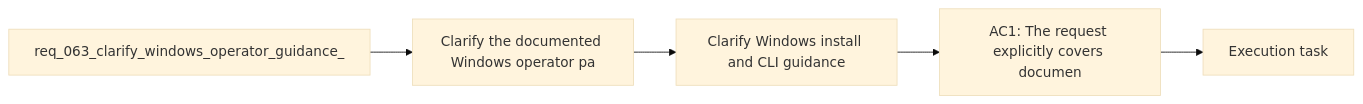
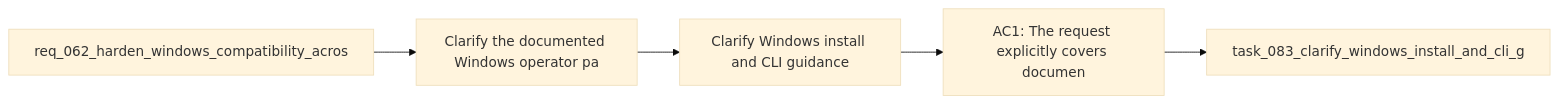
One commit to AlexAgo83/logics-manager changed the diagram in logics/backlog/item_078_clarify_windows_install_and_cli_guidance_in_the_main_plugin_readme.md. Above: the diagram before and after it, drawn with Mermaid (base theme). The commit also changed 481 other files, not shown here.

````diff
--- a/logics/backlog/item_078_clarify_windows_install_and_cli_guidance_in_the_main_plugin_readme.md
+++ b/logics/backlog/item_078_clarify_windows_install_and_cli_guidance_in_the_main_plugin_readme.md
@@ -23,9 +23,9 @@
 ```mermaid
 %% logics-kind: backlog
 %% logics-signature: backlog|clarify-windows-install-and-cli-guidance|req-062-harden-windows-compatibility-acr|clarify-the-documented-windows-operator-|ac1-the-request-explicitly-covers-docume
 flowchart LR
-    Request[req_063_clarify_windows_operator_guidance_] --> Problem[Clarify the documented Windows operator pa]
+    Request[req_062_harden_windows_compatibility_acros] --> Problem[Clarify the documented Windows operator pa]
     Problem --> Scope[Clarify Windows install and CLI guidance]
     Scope --> Acceptance[AC1: The request explicitly covers documen]
-    Acceptance --> Tasks[Execution task]
+    Acceptance --> Tasks[task_083_clarify_windows_install_and_cli_g]
 ```
````
